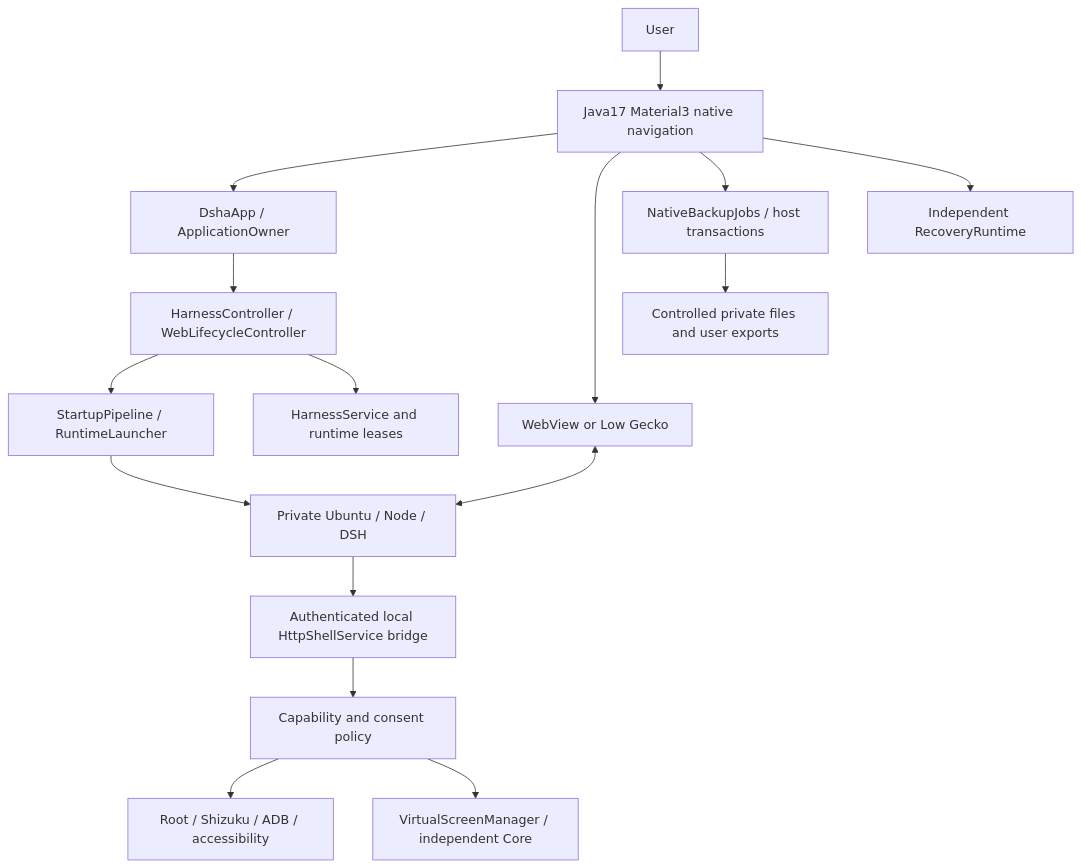
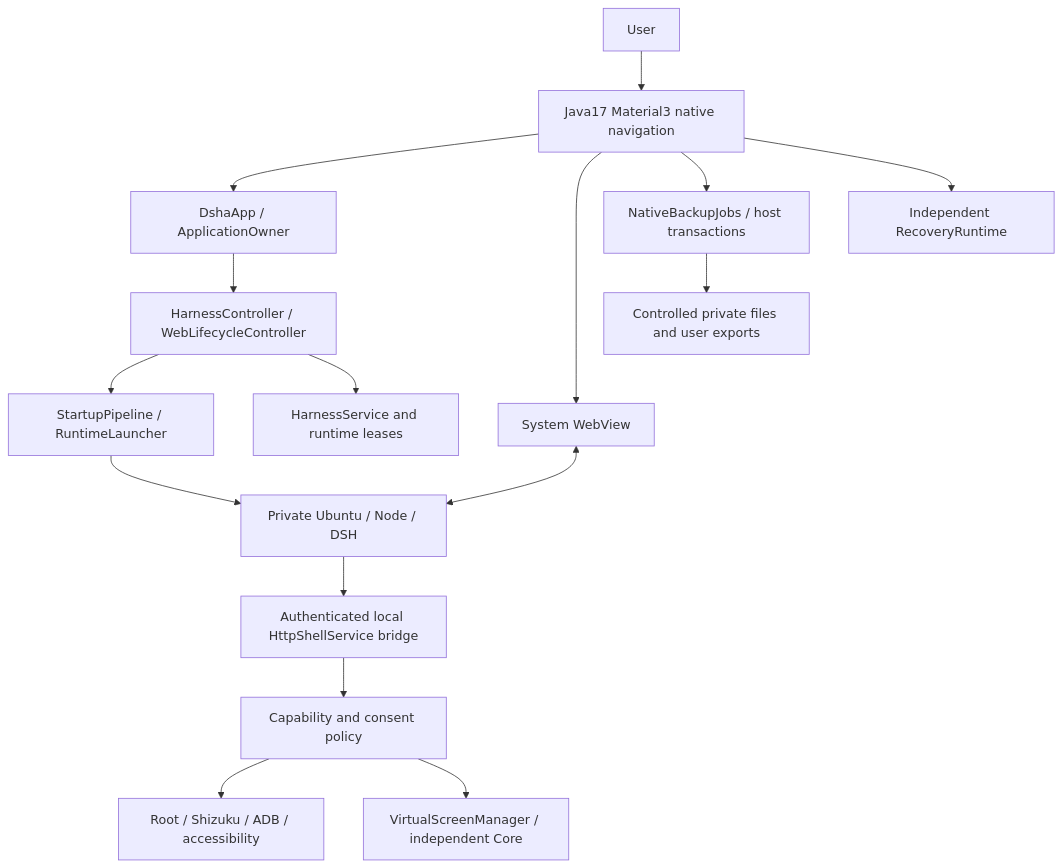
One commit to SunsetRNE/DSHA-Sunset-mod changed the first of 3 diagrams in docs/en/project-architecture-handbook.md. Above: the diagram before and after it, drawn with Mermaid. The commit also changed other lines of this file and 211 other files, not shown here.

First line of the commit message:
feat(release): build209 合并上岛、删除 low/Gecko 并接入公开仓库 CI 正式发布

````diff
--- a/docs/en/project-architecture-handbook.md
+++ b/docs/en/project-architecture-handbook.md
@@ -87,18 +87,18 @@
 ```mermaid
 flowchart TB
   U[User] --> UI[Java17 Material3 native navigation]
   UI --> APP[DshaApp / ApplicationOwner]
   APP --> LIFE[HarnessController / WebLifecycleController]
   LIFE --> START[StartupPipeline / RuntimeLauncher]
   START --> LINUX[Private Ubuntu / Node / DSH]
-  UI --> BROWSER[WebView or Low Gecko]
+  UI --> BROWSER[System WebView]
   BROWSER <--> LINUX
   LINUX --> HTTP[Authenticated local HttpShellService bridge]
   HTTP --> CAP[Capability and consent policy]
   CAP --> DEVICE[Root / Shizuku / ADB / accessibility]
   CAP --> VS[VirtualScreenManager / independent Core]
   LIFE --> LEASE[HarnessService and runtime leases]
   UI --> DATA[NativeBackupJobs / host transactions]
   DATA --> FS[Controlled private files and user exports]
   UI --> RESCUE[Independent RecoveryRuntime]
 ```
````
